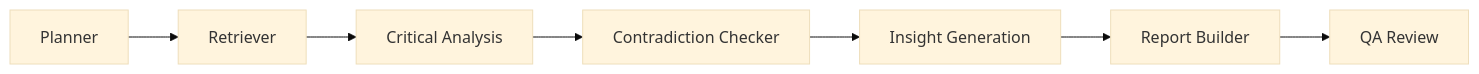
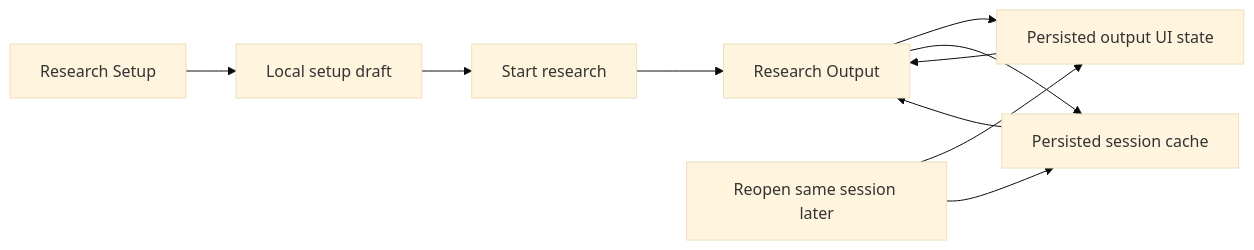
Before and after one commit to greenp8888/Submissions_C5: the seventh of 8 diagrams in Group_9/ai-hackathon/docs/WORKFLOW_DIAGRAMS.md, drawn with Mermaid (base theme). The commit also changed other lines of this file and 61 other files, not shown here.

````diff
--- a/Group_9/ai-hackathon/docs/WORKFLOW_DIAGRAMS.md
+++ b/Group_9/ai-hackathon/docs/WORKFLOW_DIAGRAMS.md
@@ -133,17 +160,20 @@
 ```mermaid
 flowchart LR
-    Planner[Planner]
-    Retriever[Retriever]
-    Analysis[Critical Analysis]
-    Contradiction[Contradiction Checker]
-    Insight[Insight Generation]
-    Reporter[Report Builder]
-    QA[QA Review]
+    Setup[Research Setup]
+    Draft[Local setup draft]
+    Start[Start research]
+    Output[Research Output]
+    UIState[Persisted output UI state]
+    SessionCache[Persisted session cache]
+    Reopen[Reopen same session later]
 
-    Planner --> Retriever
-    Retriever --> Analysis
-    Analysis --> Contradiction
-    Contradiction --> Insight
-    Insight --> Reporter
-    Reporter --> QA
+    Setup --> Draft
+    Draft --> Start
+    Start --> Output
+    Output --> UIState
+    Output --> SessionCache
+    Reopen --> UIState
+    Reopen --> SessionCache
+    UIState --> Output
+    SessionCache --> Output
 ```
````
